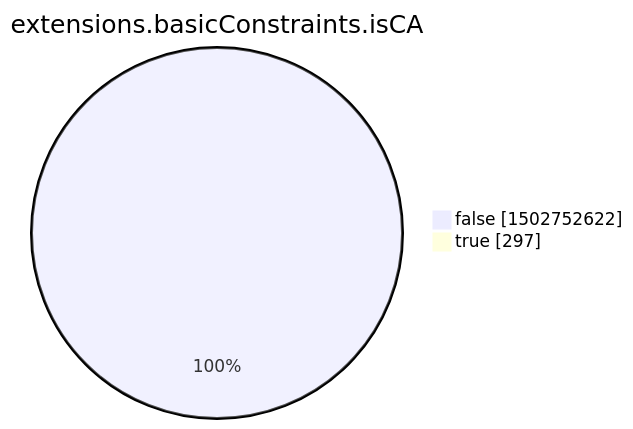
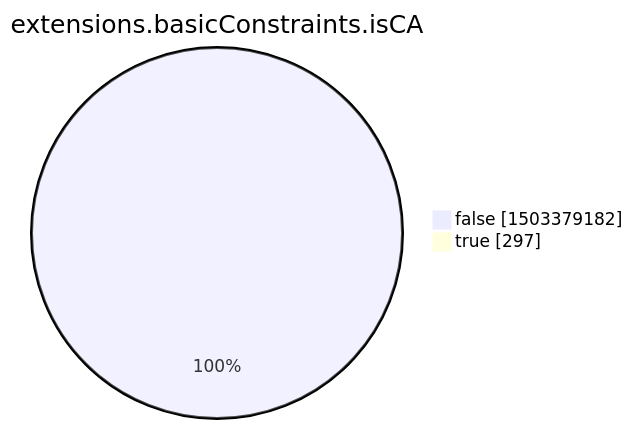
One commit to christiankrug/ctmonitor_visualization changed the eighth of 15 diagrams in argon2022/README.md. Above: the diagram before and after it, drawn with Mermaid. The commit also changed other lines of this file, not shown here.

````diff
--- a/argon2022/README.md
+++ b/argon2022/README.md
@@ -2760,6 +2760,6 @@
 ```mermaid
 pie showData
 title extensions.basicConstraints.isCA
-"false" :1502752622
+"false" :1503379182
 "true" :297
 ```
````
